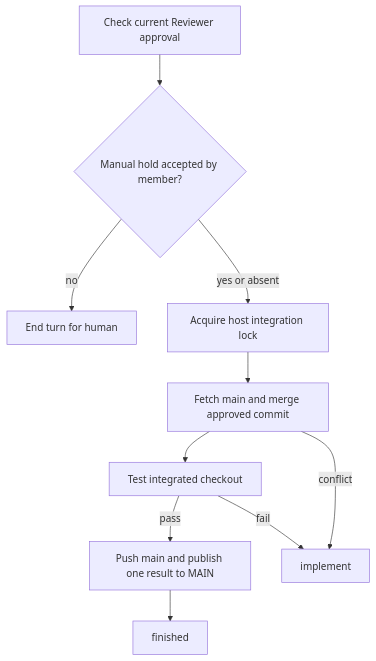
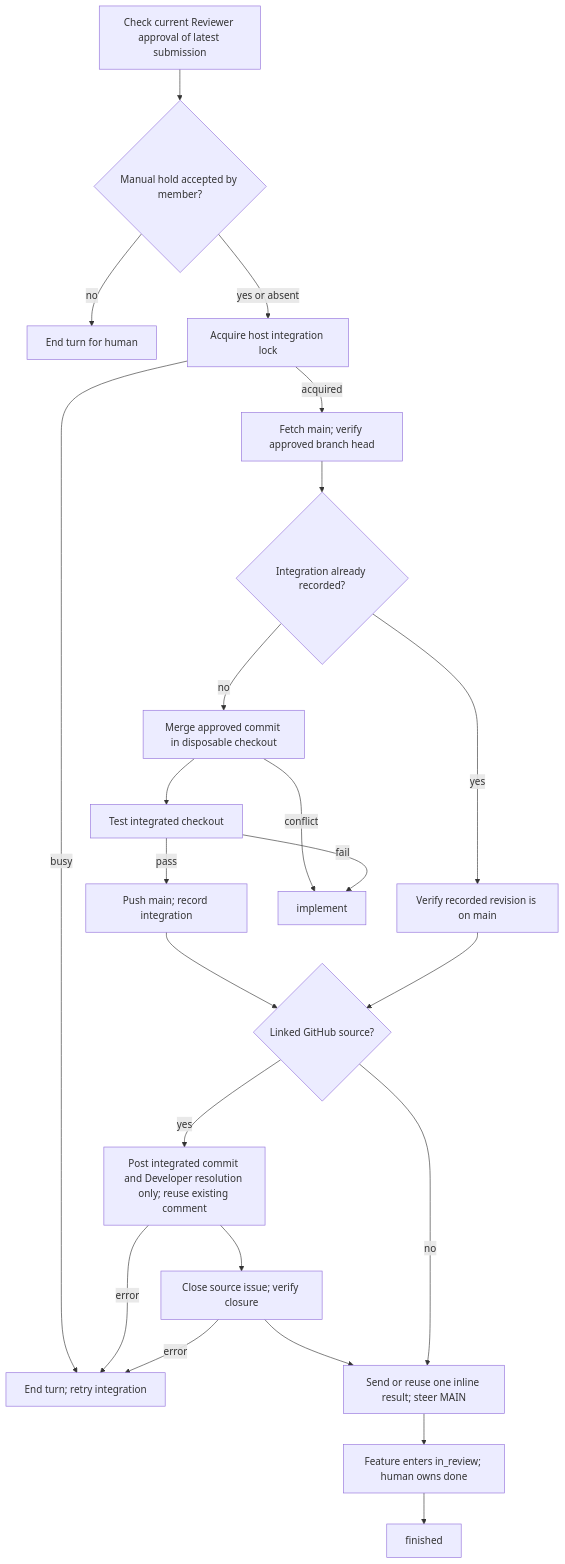
The fifth of 5 diagrams in roles/developer-debug.md (Winfred666/multica-featssship), drawn with Mermaid before and after one commit. The commit also changed other lines of this file and 19 other files, not shown here.

Commit message:
R-242 Link GitHub issues and clarify delegations

````diff
--- a/roles/developer-debug.md
+++ b/roles/developer-debug.md
@@ -51,12 +53,25 @@
 ```mermaid
 flowchart TD
-  entry[Check current Reviewer approval] --> hold{Manual hold accepted by member?}
+  entry[Check current Reviewer approval of latest submission] --> hold{Manual hold accepted by member?}
   hold -->|no| wait[End turn for human]
   hold -->|yes or absent| lock[Acquire host integration lock]
-  lock --> merge[Fetch main and merge approved commit]
+  lock -->|busy| retry[End turn; retry integration]
+  lock -->|acquired| revision[Fetch main; verify approved branch head]
+  revision --> saved{Integration already recorded?}
+  saved -->|yes| verify[Verify recorded revision is on main]
+  saved -->|no| merge[Merge approved commit in disposable checkout]
   merge --> test[Test integrated checkout]
-  test -->|pass| push[Push main and publish one result to MAIN]
+  test -->|pass| push[Push main; record integration]
   merge -->|conflict| implement
   test -->|fail| implement
-  push --> finished
+  push --> linked{Linked GitHub source?}
+  verify --> linked
+  linked -->|yes| comment[Post integrated commit and Developer resolution only; reuse existing comment]
+  comment --> close[Close source issue; verify closure]
+  comment -->|error| retry
+  close -->|error| retry
+  close --> receipt[Send or reuse one inline result; steer MAIN]
+  linked -->|no| receipt
+  receipt --> review[Feature enters in_review; human owns done]
+  review --> finished
 ```
````
